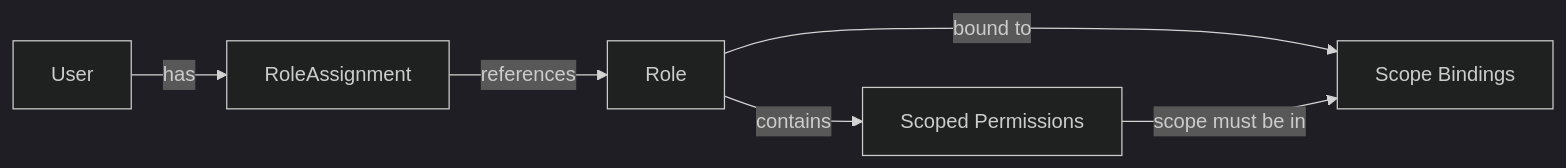
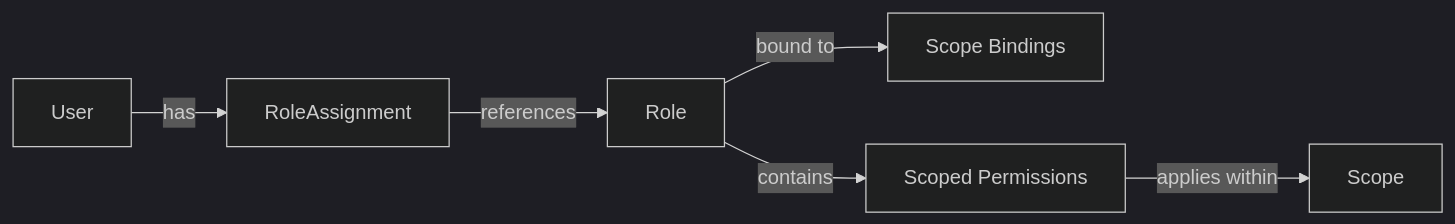
Before and after one commit to lablup/backend.ai: the first of 4 diagrams in proposals/BEP-1012-RBAC.md, drawn with Mermaid (dark theme). The commit also changed other lines of this file and 2 other files, not shown here.

First line of the commit message:
docs: remove permission scope constraint from role's bound scopes

````diff
--- a/proposals/BEP-1012-RBAC.md
+++ b/proposals/BEP-1012-RBAC.md
@@ -173,8 +170,8 @@
 ```mermaid
 graph LR
     User -->|has| RoleAssignment
     RoleAssignment -->|references| Role
     Role -->|bound to| Scopes[Scope Bindings]
     Role -->|contains| ScopedPermission[Scoped Permissions]
-    ScopedPermission -->|scope must be in| Scopes
+    ScopedPermission -->|applies within| Scope
 ```
````
